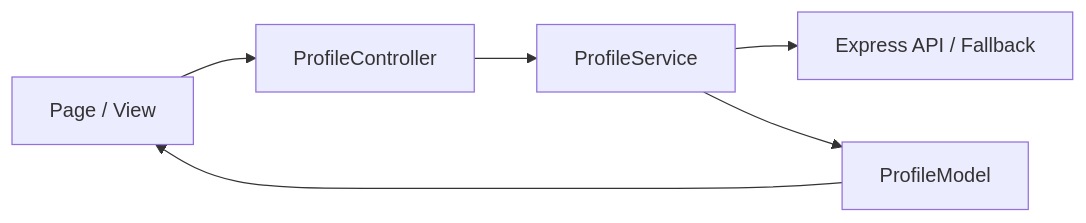
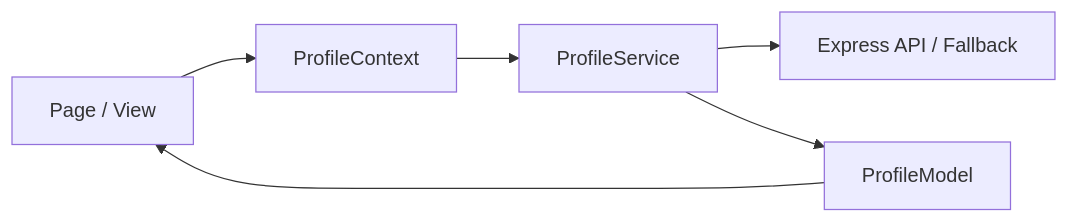
Before and after one commit to Rickychen930/website-ts: the first of 2 diagrams in project.md, drawn with Mermaid. The commit also changed other lines of this file and 22 other files, not shown here.

````diff
--- a/project.md
+++ b/project.md
@@ -93,8 +92,8 @@
 ```mermaid
 flowchart LR
-  Page[Page / View] --> Controller[ProfileController]
-  Controller --> Service[ProfileService]
+  Page[Page / View] --> Context[ProfileContext]
+  Context --> Service[ProfileService]
   Service --> API[Express API / Fallback]
   Service --> Model[ProfileModel]
   Model --> Page
 ```
````
